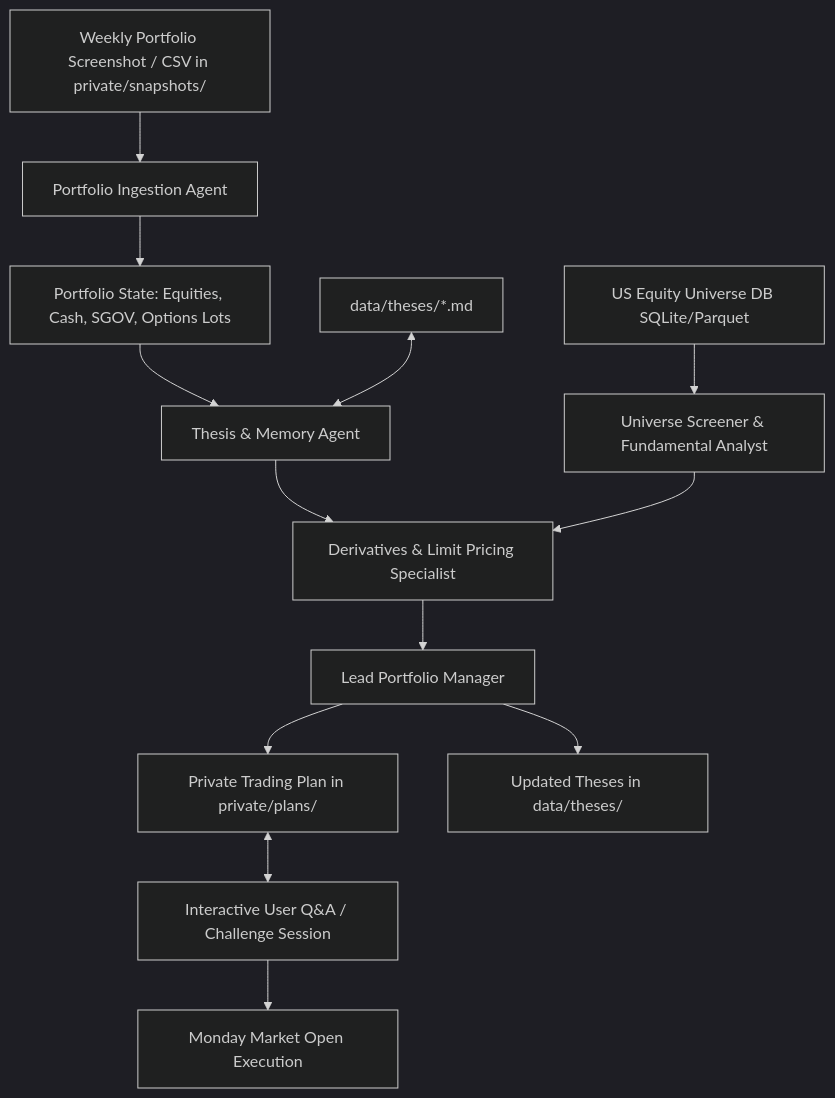
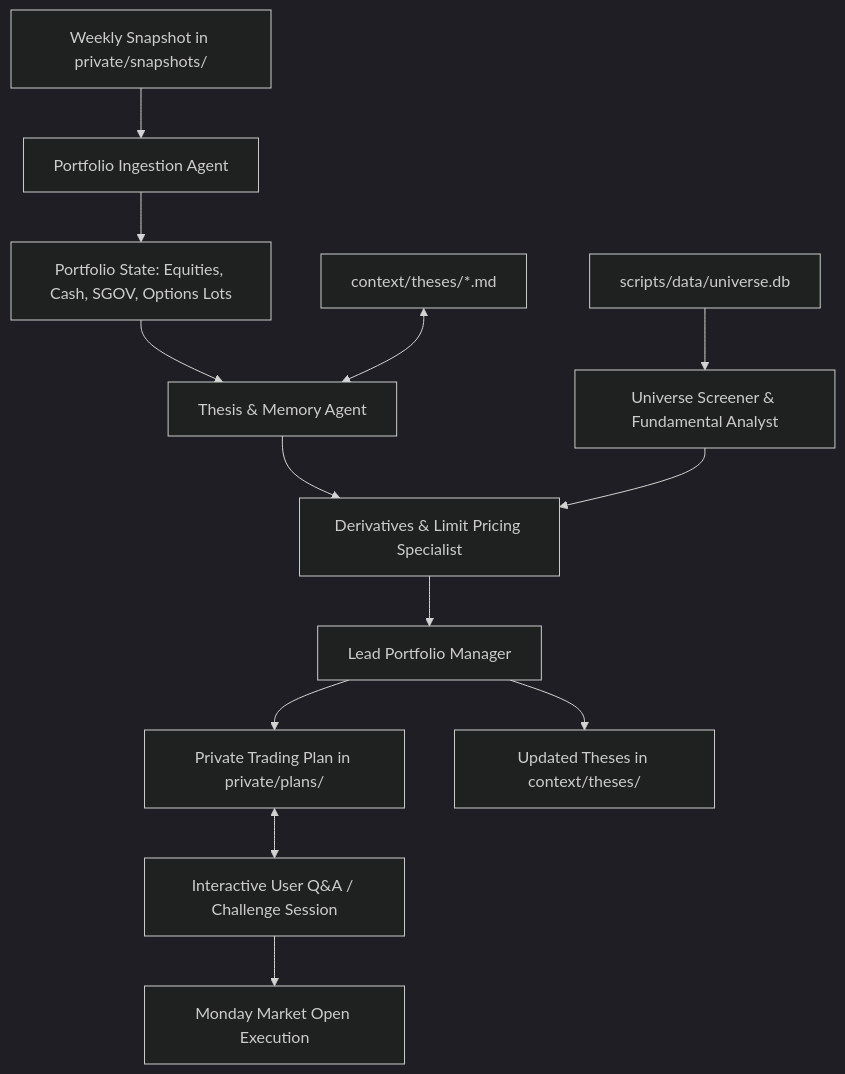
Before and after one commit to greenermoose/investments: the diagram in README.md, drawn with Mermaid (dark theme). The commit also changed other lines of this file and 91 other files, not shown here.

Commit message:
Restructure repository by primary audience: context for agents, http/docs for human web, scripts for CLI, and private for user data

````diff
--- a/README.md
+++ b/README.md
@@ -42,19 +58,19 @@
 ```mermaid
 flowchart TD
-    A[Weekly Portfolio Screenshot / CSV in private/snapshots/] --> B[Portfolio Ingestion Agent]
+    A[Weekly Snapshot in private/snapshots/] --> B[Portfolio Ingestion Agent]
     B --> C[Portfolio State: Equities, Cash, SGOV, Options Lots]
     
     C --> D[Thesis & Memory Agent]
-    E[data/theses/*.md] <--> D
+    E[context/theses/*.md] <--> D
     
-    F[US Equity Universe DB SQLite/Parquet] --> G[Universe Screener & Fundamental Analyst]
+    F[scripts/data/universe.db] --> G[Universe Screener & Fundamental Analyst]
     
     D --> H[Derivatives & Limit Pricing Specialist]
     G --> H
     
     H --> I[Lead Portfolio Manager]
     I --> J[Private Trading Plan in private/plans/]
-    I --> K[Updated Theses in data/theses/]
+    I --> K[Updated Theses in context/theses/]
     J <--> L[Interactive User Q&A / Challenge Session]
     L --> M[Monday Market Open Execution]
 ```
````
